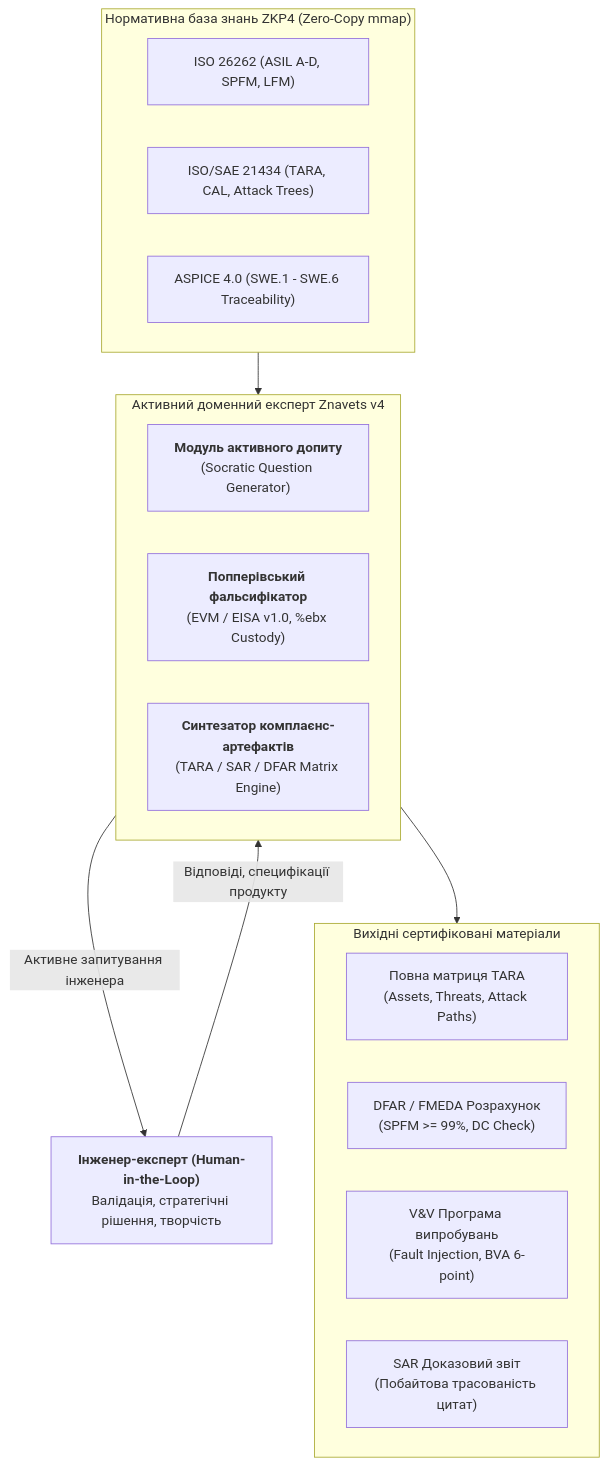
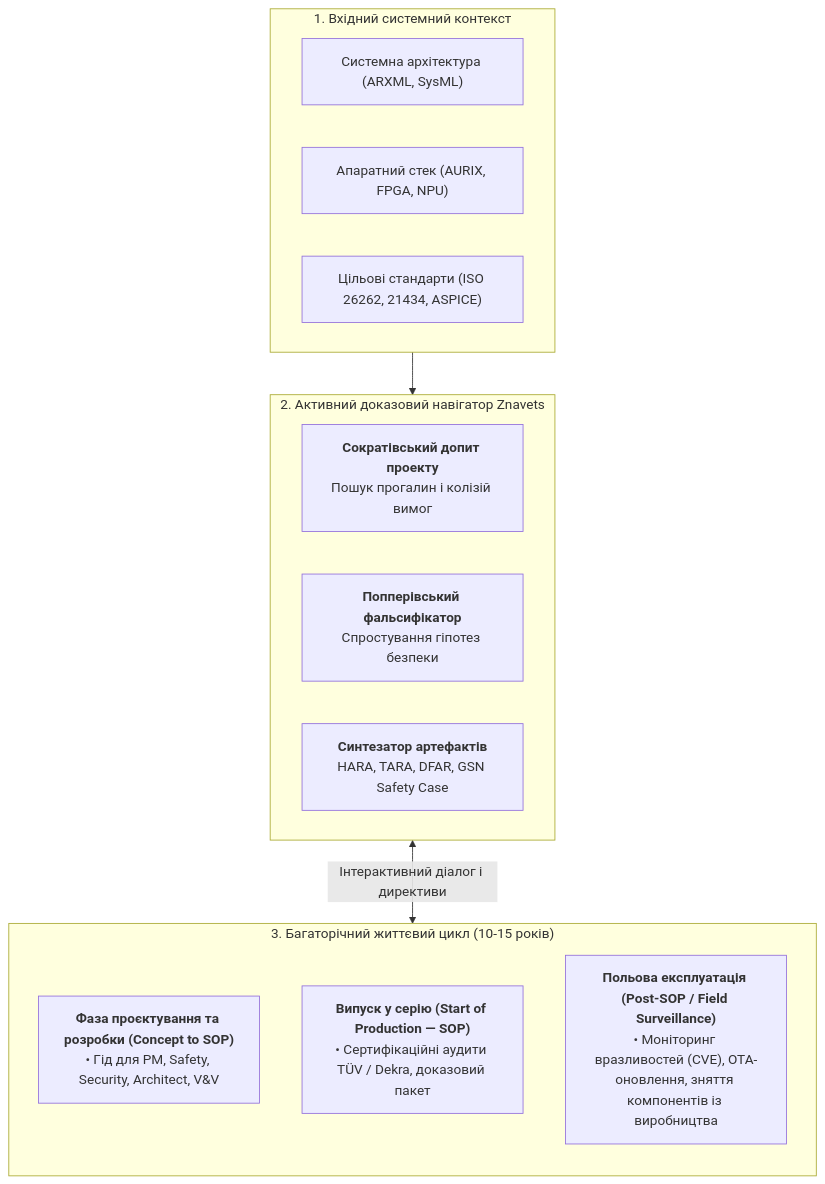
One commit to nick-fedchik/articles changed the first of 2 diagrams in ExpertSystem/ch39-active-compliance-auditor-and-popperian-testing.md. Above: the diagram before and after it, drawn with Mermaid. The commit also changed other lines of this file, not shown here.

Commit message:
docs(ch39): rewrite Section 2 to fully expand the interactive lifecycle co-pilot paradigm

````diff
--- a/ExpertSystem/ch39-active-compliance-auditor-and-popperian-testing.md
+++ b/ExpertSystem/ch39-active-compliance-auditor-and-popperian-testing.md
@@ -71,26 +78,27 @@
 ```mermaid
 flowchart TD
-    subgraph KNOWLEDGE["Нормативна база знань ZKP4 (Zero-Copy mmap)"]
-        STD1["ISO 26262 (ASIL A-D, SPFM, LFM)"]
-        STD2["ISO/SAE 21434 (TARA, CAL, Attack Trees)"]
-        STD3["ASPICE 4.0 (SWE.1 - SWE.6 Traceability)"]
+    accTitle: Інтерактивний супровід життєвого циклу продукту активним аудитором
+    accDescr: Експертна система як навігатор інженерної команди від концепції до довготривалої польової експлуатації.
+
+    subgraph INPUTS["1. Вхідний системний контекст"]
+        SYS_ARCH["Системна архітектура (ARXML, SysML)"]
+        HW_STACK["Апаратний стек (AURIX, FPGA, NPU)"]
+        STANDARDS["Цільові стандарти (ISO 26262, 21434, ASPICE)"]
     end
 
-    subgraph ENGINE["Активний доменний експерт Znavets v4"]
-        PROBE["<b>Модуль активного допиту</b><br/>(Socratic Question Generator)"]
-        POPPER["<b>Попперівський фальсифікатор</b><br/>(EVM / EISA v1.0, %ebx Custody)"]
-        SYNTH["<b>Синтезатор комплаєнс-артефактів</b><br/>(TARA / SAR / DFAR Matrix Engine)"]
+    subgraph ENGINE["2. Активний доказовий навігатор Znavets"]
+        SOCRATIC["<b>Сократівський допит проекту</b><br/>Пошук прогалин і колізій вимог"]
+        POPPER_CORE["<b>Попперівський фальсифікатор</b><br/>Спростування гіпотез безпеки"]
+        SYNTH_DOC["<b>Синтезатор артефактів</b><br/>HARA, TARA, DFAR, GSN Safety Case"]
     end
 
-    subgraph ARTIFACTS["Вихідні сертифіковані матеріали"]
-        OUT_TARA["Повна матриця TARA<br/>(Assets, Threats, Attack Paths)"]
-        OUT_DFAR["DFAR / FMEDA Розрахунок<br/>(SPFM >= 99%, DC Check)"]
-        OUT_TEST["V&V Програма випробувань<br/>(Fault Injection, BVA 6-point)"]
-        OUT_SAR["SAR Доказовий звіт<br/>(Побайтова трасованість цитат)"]
+    subgraph LIFECYCLE["3. Багаторічний життєвий цикл (10-15 років)"]
+        direction TB
+        DEV["<b>Фаза проєктування та розробки (Concept to SOP)</b><br/>• Гід для PM, Safety, Security, Architect, V&V"]
+        SOP["<b>Випуск у серію (Start of Production — SOP)</b><br/>• Сертифікаційні аудити TÜV / Dekra, доказовий пакет"]
+        POST_SOP["<b>Польова експлуатація (Post-SOP / Field Surveillance)</b><br/>• Моніторинг вразливостей (CVE), OTA-оновлення, зняття компонентів із виробництва"]
     end
 
-    KNOWLEDGE --> ENGINE
-    ENGINE -->|"Активне запитування інженера"| HITL["<b>Інженер-експерт (Human-in-the-Loop)</b><br/>Валідація, стратегічні рішення, творчість"]
-    HITL -->|"Відповіді, специфікації продукту"| ENGINE
-    ENGINE --> ARTIFACTS
+    INPUTS --> ENGINE
+    ENGINE <-->|"Інтерактивний діалог і директиви"| LIFECYCLE
 ```
````
